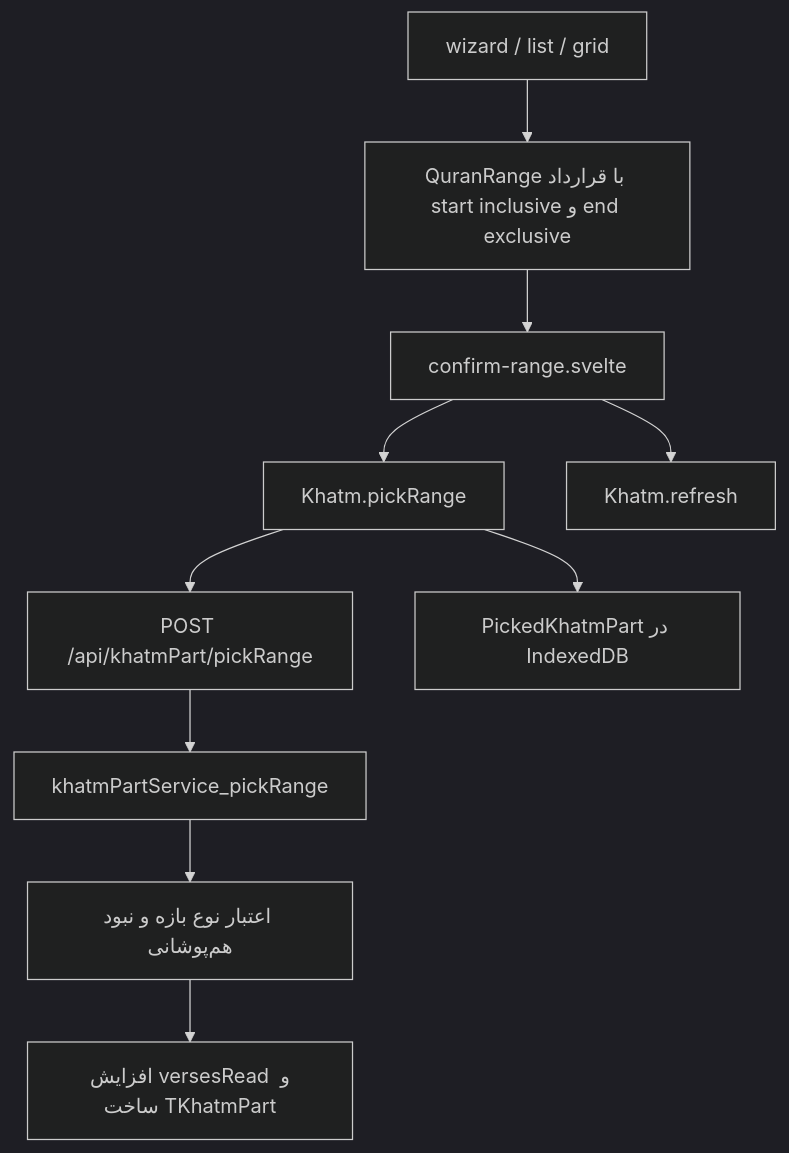
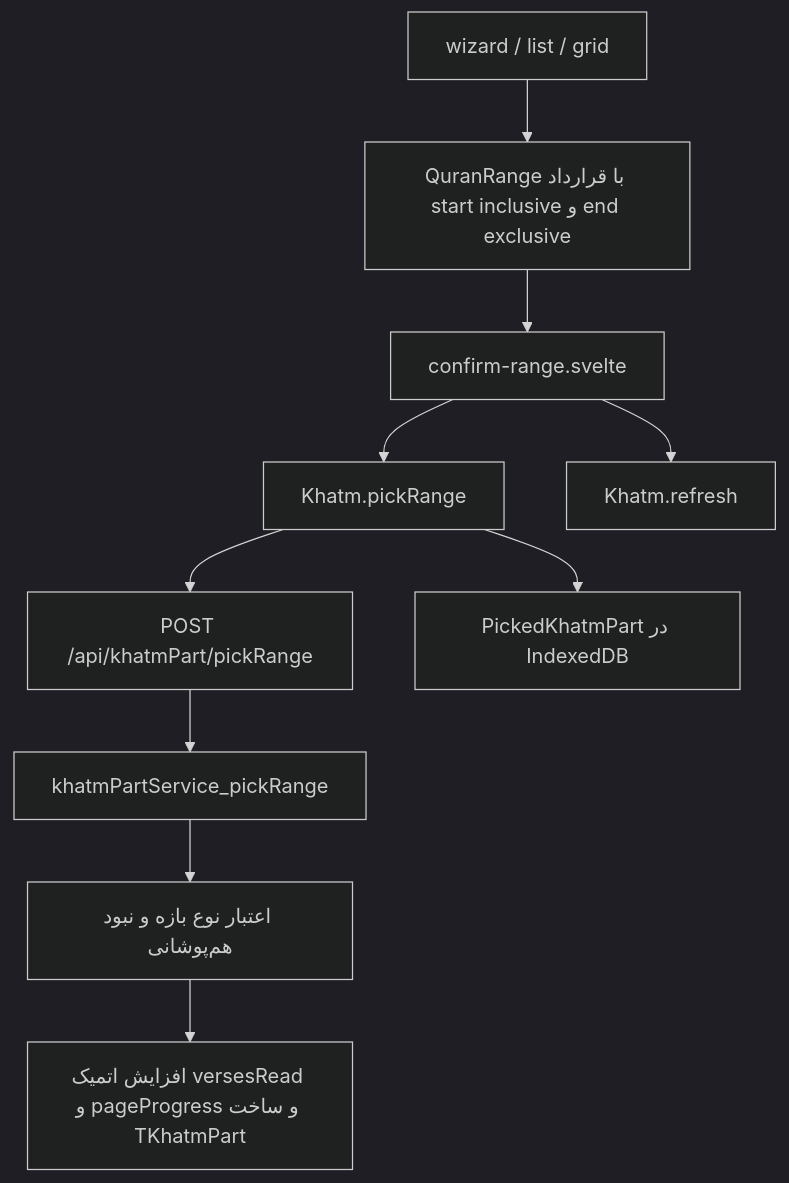
One commit to sabereen/dorkhani changed the third of 4 diagrams in ARCHITECTURE.md. Above: the diagram before and after it, drawn with Mermaid (dark theme). The commit also changed other lines of this file and 23 other files, not shown here.

Commit message:
feat: persist page-based khatm progress

````diff
--- a/ARCHITECTURE.md
+++ b/ARCHITECTURE.md
@@ -196,17 +196,17 @@
 ```mermaid
 flowchart TD
     Selector[wizard / list / grid]
     Range[QuranRange با قرارداد start inclusive و end exclusive]
     Confirm[confirm-range.svelte]
     Entity[Khatm.pickRange]
     Endpoint[POST /api/khatmPart/pickRange]
     Service[khatmPartService_pickRange]
     Guard[اعتبار نوع بازه و نبود هم‌پوشانی]
-    Write[افزایش versesRead و ساخت TKhatmPart]
+    Write[افزایش اتمیک versesRead و pageProgress و ساخت TKhatmPart]
     History[PickedKhatmPart در IndexedDB]
     Refresh[Khatm.refresh]
 
     Selector --> Range --> Confirm --> Entity --> Endpoint --> Service --> Guard --> Write
     Entity --> History
     Confirm --> Refresh
 ```
````
